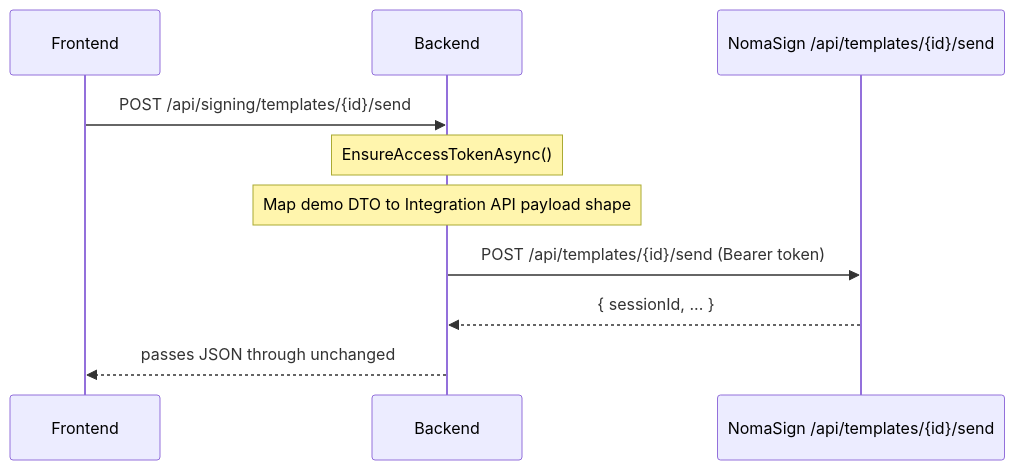
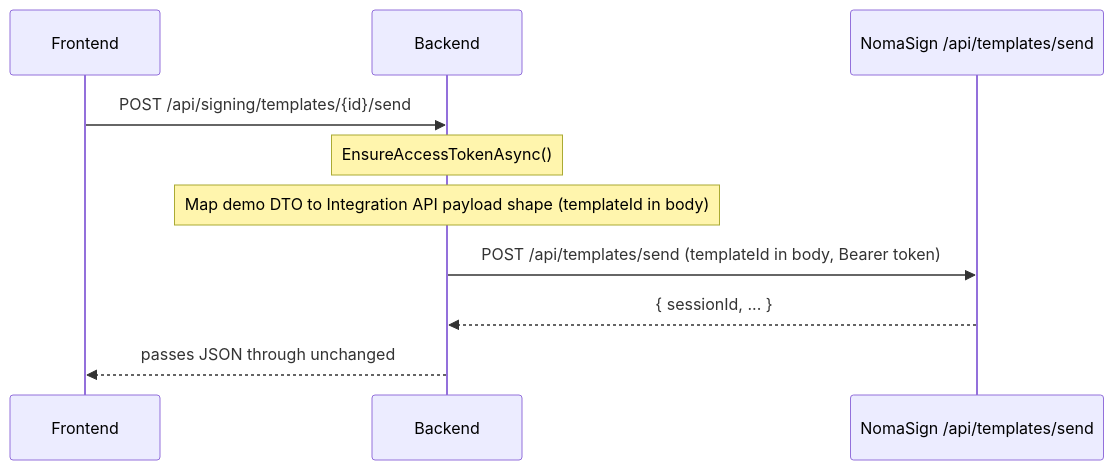
The second of 2 diagrams in docs/templates/index.md (Nomasign/IntegrationExamples), drawn with Mermaid before and after one commit. The commit also changed other lines of this file and 6 other files, not shown here.

Commit message:
Update NomaSign integration: correct API endpoint usage, enhance documentation, and improve troubleshooting guidance

````diff
--- a/docs/templates/index.md
+++ b/docs/templates/index.md
@@ -99,13 +102,13 @@
 ```mermaid
 sequenceDiagram
     participant UI as Frontend
     participant BE as Backend
-    participant API as NomaSign /api/templates/{id}/send
+    participant API as NomaSign /api/templates/send
 
     UI->>BE: POST /api/signing/templates/{id}/send
     Note over BE: EnsureAccessTokenAsync()
-    Note over BE: Map demo DTO to Integration API payload shape
-    BE->>API: POST /api/templates/{id}/send (Bearer token)
+    Note over BE: Map demo DTO to Integration API payload shape (templateId in body)
+    BE->>API: POST /api/templates/send (templateId in body, Bearer token)
     API-->>BE: { sessionId, ... }
     BE-->>UI: passes JSON through unchanged
 ```
````
